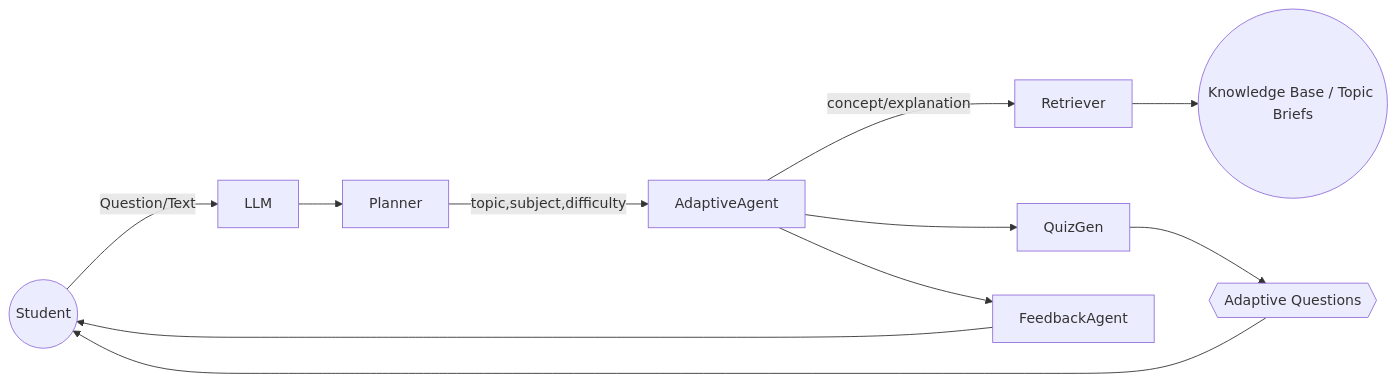
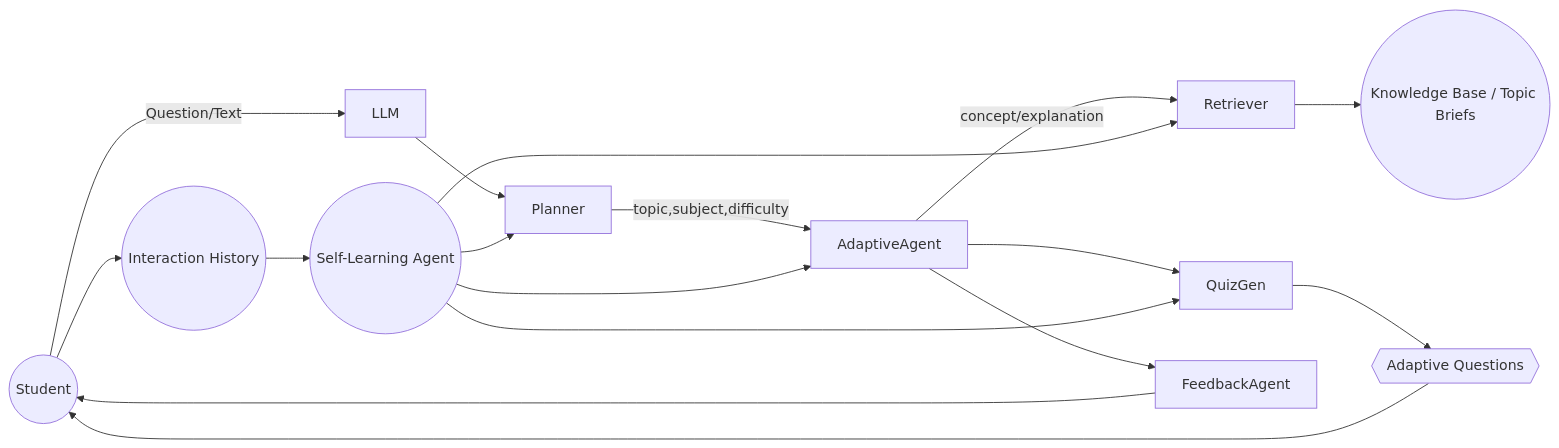
The diagram in docs/workflow.md (Rish-23072005/AI_Smart_Tutor), drawn with Mermaid before and after one commit. The commit also changed other lines of this file, not shown here.

Commit message:
Add advanced multi-agent workflow doc

````diff
--- a/docs/workflow.md
+++ b/docs/workflow.md
@@ -23,13 +36,19 @@
 ```mermaid
 flowchart LR
   Student((Student)) -->|Question/Text| LLM
   LLM --> Planner
   Planner -->|topic,subject,difficulty| AdaptiveAgent
   AdaptiveAgent -->|concept/explanation| Retriever
   AdaptiveAgent --> QuizGen
   Retriever --> ContentStore((Knowledge Base / Topic Briefs))
   QuizGen --> PracticeSet{{Adaptive Questions}}
   AdaptiveAgent --> FeedbackAgent
   FeedbackAgent --> Student
   PracticeSet --> Student
+  Student --> History((Interaction History))
+  History --> SelfLearning((Self-Learning Agent))
+  SelfLearning --> Planner
+  SelfLearning --> AdaptiveAgent
+  SelfLearning --> Retriever
+  SelfLearning --> QuizGen
 ```
````
